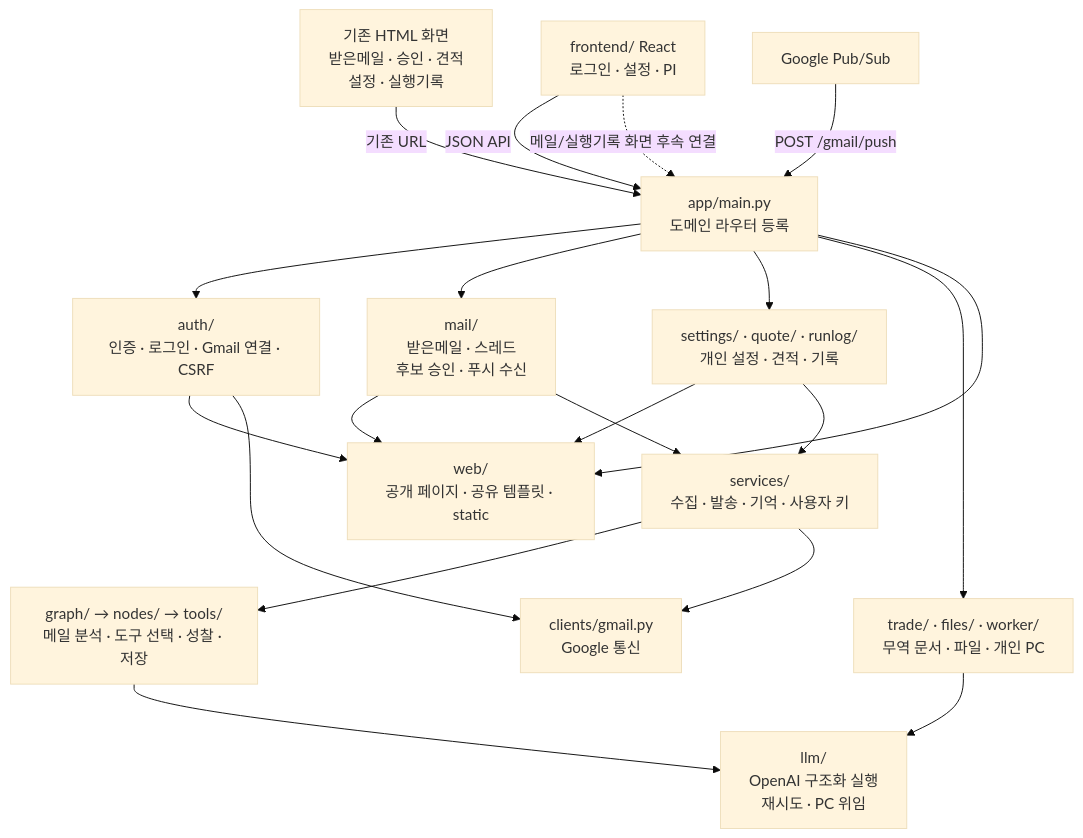
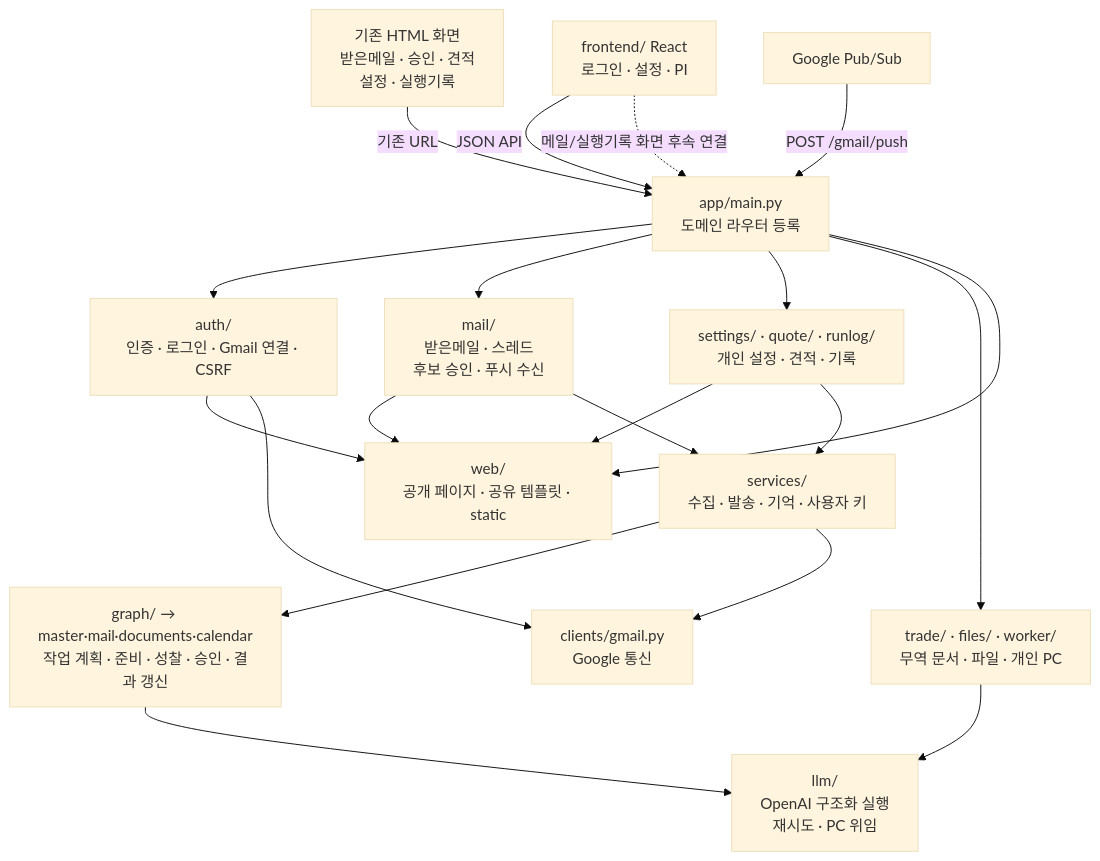
One commit to encore-ai-campus/aio-03-p2-team3 changed the diagram in docs/domain-layout.md. Above: the diagram before and after it, drawn with Mermaid (base theme). The commit also changed other lines of this file and 43 other files, not shown here.

````diff
--- a/docs/domain-layout.md
+++ b/docs/domain-layout.md
@@ -30,22 +30,22 @@
 ```mermaid
 flowchart TB
     R["frontend/ React<br/>로그인 · 설정 · PI"] -->|JSON API| M["app/main.py<br/>도메인 라우터 등록"]
     H["기존 HTML 화면<br/>받은메일 · 승인 · 견적<br/>설정 · 실행기록"] -->|기존 URL| M
     G["Google Pub/Sub"] -->|POST /gmail/push| M
     R -. "메일/실행기록 화면 후속 연결" .-> M
     M --> A["auth/<br/>인증 · 로그인 · Gmail 연결 · CSRF"]
     M --> E["mail/<br/>받은메일 · 스레드<br/>후보 승인 · 푸시 수신"]
     M --> S["settings/ · quote/ · runlog/<br/>개인 설정 · 견적 · 기록"]
     M --> T["trade/ · files/ · worker/<br/>무역 문서 · 파일 · 개인 PC"]
     M --> W["web/<br/>공개 페이지 · 공유 템플릿 · static"]
     A --> W
     E --> W
     S --> W
     E --> V["services/<br/>수집 · 발송 · 기억 · 사용자 키"]
     S --> V
-    V --> Q["graph/ → nodes/ → tools/<br/>메일 분석 · 도구 선택 · 성찰 · 저장"]
+    V --> Q["graph/ → master·mail·documents·calendar<br/>작업 계획 · 준비 · 성찰 · 승인 · 결과 갱신"]
     Q --> L["llm/<br/>OpenAI 구조화 실행<br/>재시도 · PC 위임"]
     T --> L
     A --> C["clients/gmail.py<br/>Google 통신"]
     V --> C
 ```
````
